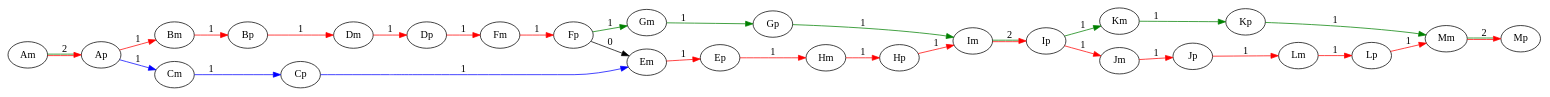
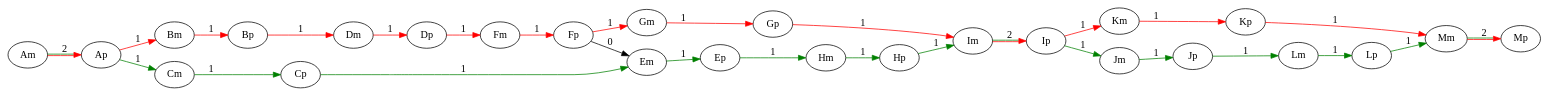
Before and after one commit to gianlu01/MinimumPathCover: the diagram in Grafi/Grafo 3 cover.dot, drawn with Graphviz. The commit also changed 6 other files, not shown here.

```diff
--- a/Grafi/Grafo 3 cover.dot
+++ b/Grafi/Grafo 3 cover.dot
@@ -1,31 +1,31 @@
 digraph{
 	rankdir=LR
 	Am -> Ap [label=2  color="red:green"]
 	Ap -> Bm [label=1  color="red"]
-	Ap -> Cm [label=1  color="blue"]
+	Ap -> Cm [label=1  color="green"]
 	Bm -> Bp [label=1  color="red"]
 	Bp -> Dm [label=1  color="red"]
-	Cm -> Cp [label=1  color="blue"]
-	Cp -> Em [label=1  color="blue"]
+	Cm -> Cp [label=1  color="green"]
+	Cp -> Em [label=1  color="green"]
 	Dm -> Dp [label=1  color="red"]
 	Dp -> Fm [label=1  color="red"]
-	Em -> Ep [label=1  color="red"]
-	Ep -> Hm [label=1  color="red"]
+	Em -> Ep [label=1  color="green"]
+	Ep -> Hm [label=1  color="green"]
 	Fm -> Fp [label=1  color="red"]
 	Fp -> Em [label=0]
-	Fp -> Gm [label=1  color="green"]
-	Hm -> Hp [label=1  color="red"]
-	Hp -> Im [label=1  color="red"]
-	Gm -> Gp [label=1  color="green"]
-	Gp -> Im [label=1  color="green"]
+	Fp -> Gm [label=1  color="red"]
+	Hm -> Hp [label=1  color="green"]
+	Hp -> Im [label=1  color="green"]
+	Gm -> Gp [label=1  color="red"]
+	Gp -> Im [label=1  color="red"]
 	Im -> Ip [label=2  color="red:green"]
-	Ip -> Km [label=1  color="green"]
-	Ip -> Jm [label=1  color="red"]
-	Km -> Kp [label=1  color="green"]
-	Kp -> Mm [label=1  color="green"]
-	Jm -> Jp [label=1  color="red"]
-	Jp -> Lm [label=1  color="red"]
-	Lm -> Lp [label=1  color="red"]
-	Lp -> Mm [label=1  color="red"]
+	Ip -> Km [label=1  color="red"]
+	Ip -> Jm [label=1  color="green"]
+	Km -> Kp [label=1  color="red"]
+	Kp -> Mm [label=1  color="red"]
+	Jm -> Jp [label=1  color="green"]
+	Jp -> Lm [label=1  color="green"]
+	Lm -> Lp [label=1  color="green"]
+	Lp -> Mm [label=1  color="green"]
 	Mm -> Mp [label=2  color="red:green"]
 }
```
